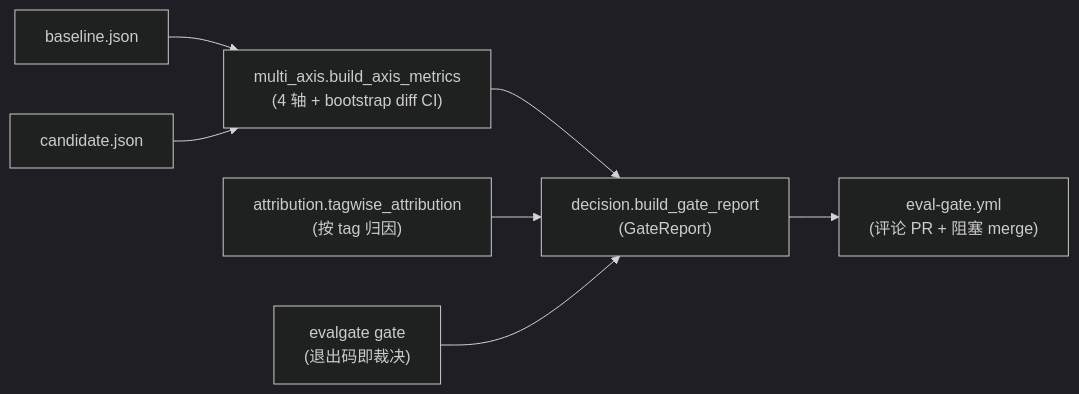
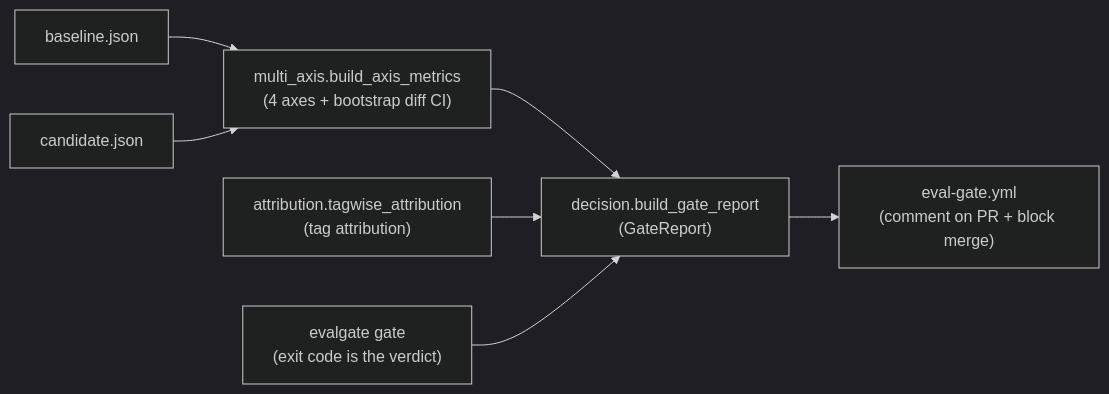
The first of 3 diagrams in docs/PHASE_2_PLAN.md (AndyUneducated/eval-gate), drawn with Mermaid (dark theme) before and after one commit. The commit also changed other lines of this file and 22 other files, not shown here.

````diff
--- a/docs/PHASE_2_PLAN.md
+++ b/docs/PHASE_2_PLAN.md
@@ -11,16 +11,16 @@
 ```mermaid
 flowchart LR
   BJSON["baseline.json"]
   CJSON["candidate.json"]
-  Axes["multi_axis.build_axis_metrics<br/>(4 轴 + bootstrap diff CI)"]
-  Attr["attribution.tagwise_attribution<br/>(按 tag 归因)"]
+  Axes["multi_axis.build_axis_metrics<br/>(4 axes + bootstrap diff CI)"]
+  Attr["attribution.tagwise_attribution<br/>(tag attribution)"]
   Report["decision.build_gate_report<br/>(GateReport)"]
-  CLI["evalgate gate<br/>(退出码即裁决)"]
-  GH["eval-gate.yml<br/>(评论 PR + 阻塞 merge)"]
+  CLI["evalgate gate<br/>(exit code is the verdict)"]
+  GH["eval-gate.yml<br/>(comment on PR + block merge)"]
 
   BJSON --> Axes
   CJSON --> Axes
   Axes --> Report
   Attr --> Report
   CLI --> Report --> GH
 ```
````
